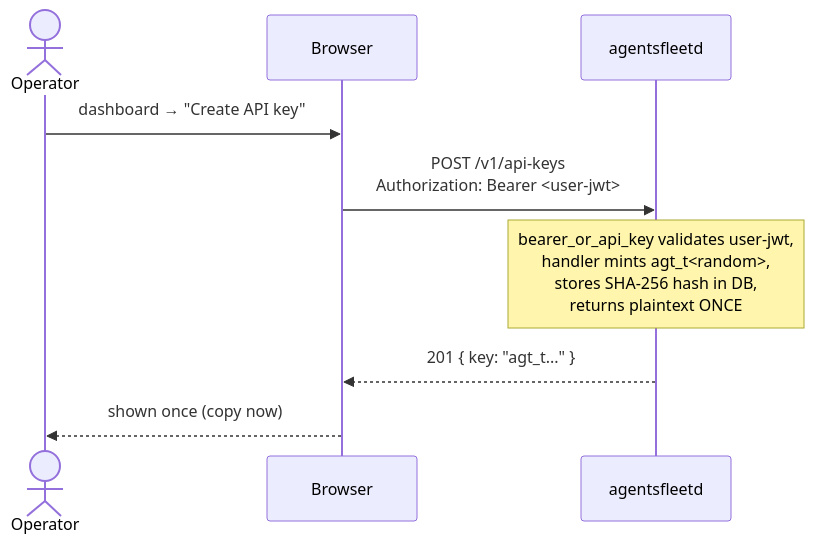
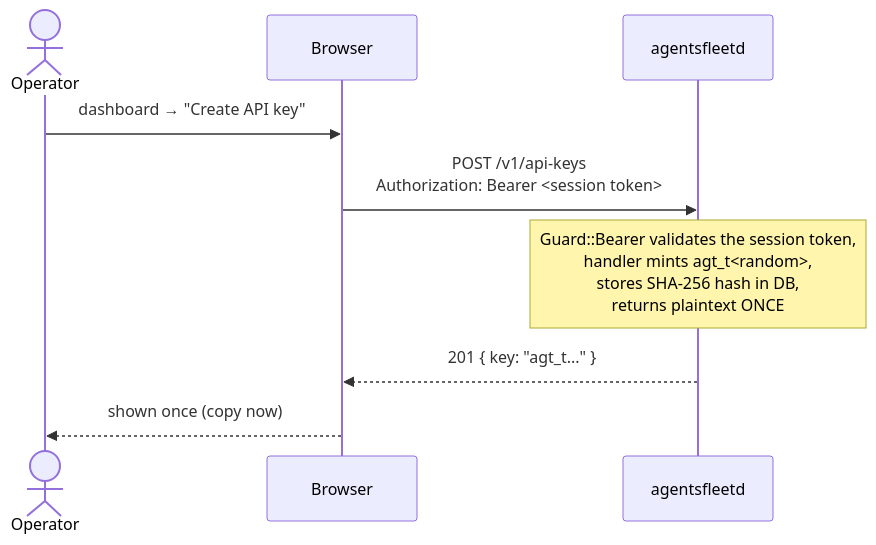
The fourth of 6 diagrams in docs/AUTH.md (agentsfleet/agentsfleet), drawn with Mermaid before and after one commit. The commit also changed other lines of this file and 32 other files, not shown here.

````diff
--- a/docs/AUTH.md
+++ b/docs/AUTH.md
@@ -639,12 +635,12 @@
 ```mermaid
 sequenceDiagram
     actor Operator
     participant Browser
     participant API as agentsfleetd
 
     Operator->>Browser: dashboard → "Create API key"
-    Browser->>API: POST /v1/api-keys<br/>Authorization: Bearer <user-jwt>
-    Note over API: bearer_or_api_key validates user-jwt,<br/>handler mints agt_t<random>,<br/>stores SHA-256 hash in DB,<br/>returns plaintext ONCE
+    Browser->>API: POST /v1/api-keys<br/>Authorization: Bearer <session token>
+    Note over API: Guard::Bearer validates the session token,<br/>handler mints agt_t<random>,<br/>stores SHA-256 hash in DB,<br/>returns plaintext ONCE
     API-->>Browser: 201 { key: "agt_t..." }
     Browser-->>Operator: shown once (copy now)
 ```
````
